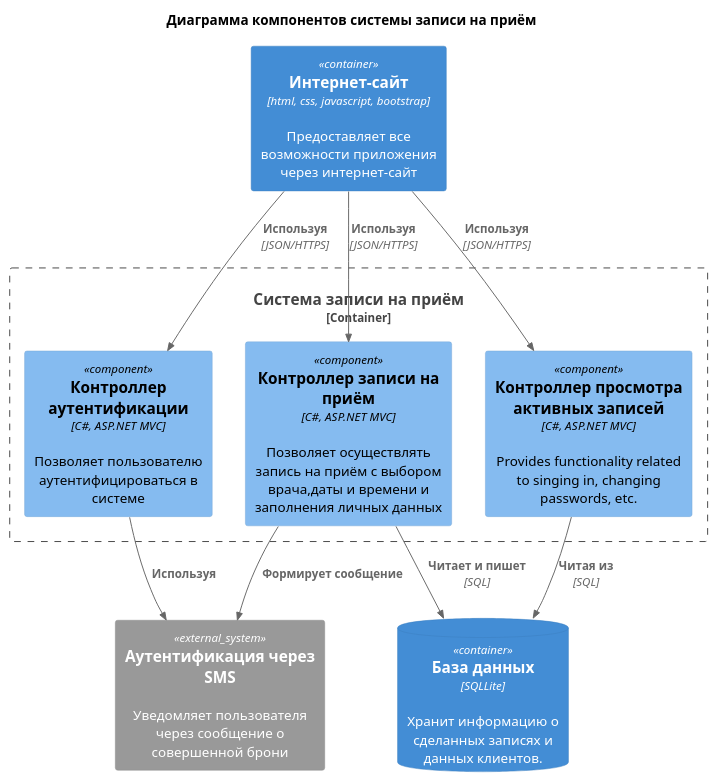
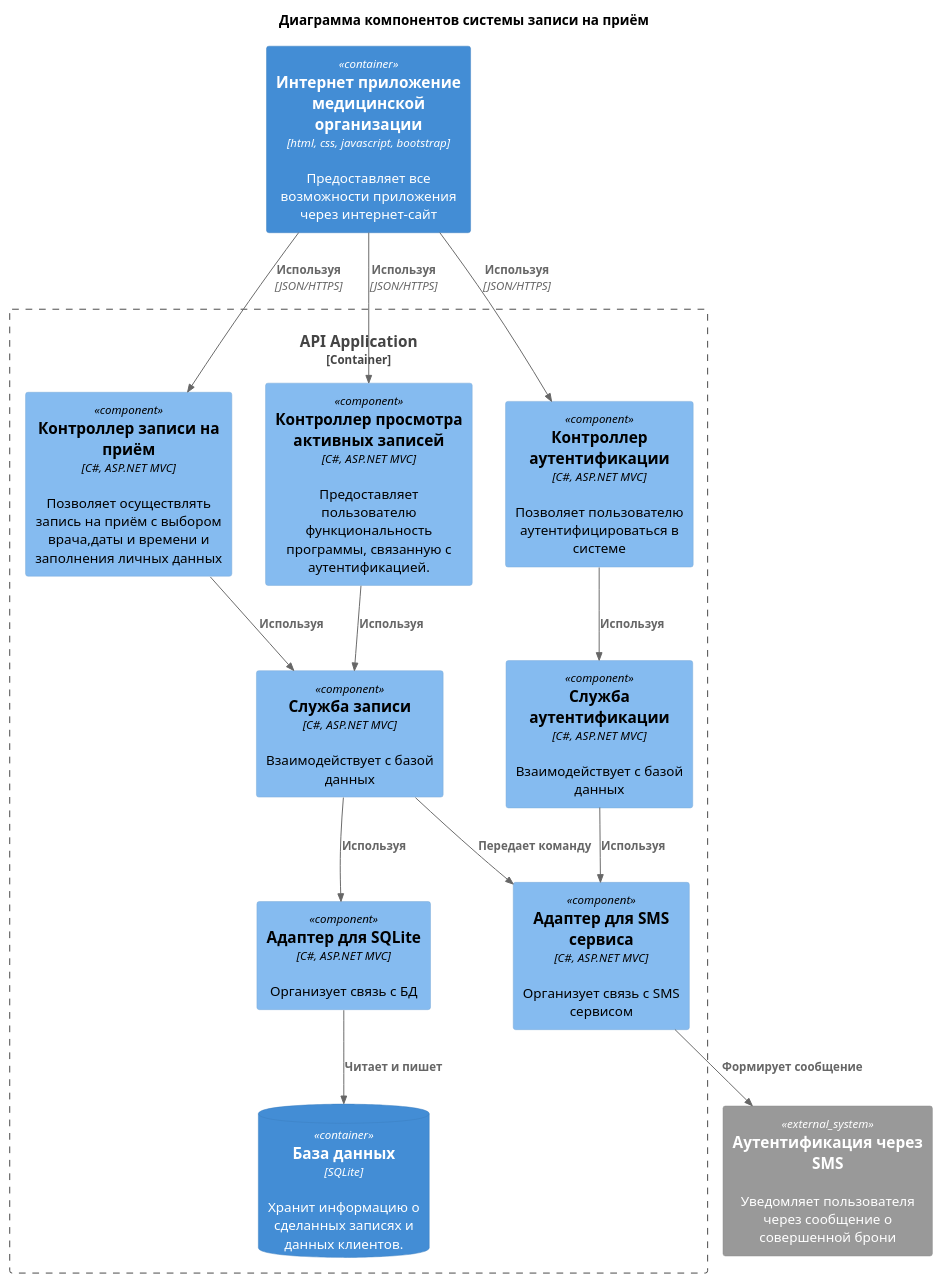
One commit to Vovkarik/RKB changed the diagram in docs/UML/ComponentDiagram.puml. Above: the diagram before and after it, drawn with PlantUML. The commit also changed 3 other files, not shown here.

Commit message:
Changed diagrams and added use case diagram

```diff
--- a/docs/UML/ComponentDiagram.puml
+++ b/docs/UML/ComponentDiagram.puml
@@ -1,27 +1,35 @@
 @startuml
 !includeurl https://raw.githubusercontent.com/RicardoNiepel/C4-PlantUML/master/C4_Component.puml
 ' uncomment the following line and comment the first to use locally
 ' !include C4_Component.puml
 
 
 title Диаграмма компонентов системы записи на приём
 
-Container(site, "Интернет-сайт ", "html, css, javascript, bootstrap", "Предоставляет все возможности приложения через интернет-сайт")
-ContainerDb(db, "База данных", "SQLLite", "Хранит информацию о сделанных записях и данных клиентов.")
+Container(site, "Интернет приложение медицинской организации", "html, css, javascript, bootstrap", "Предоставляет все возможности приложения через интернет-сайт")
 System_Ext(SMS, "Аутентификация через SMS", "Уведомляет пользователя через сообщение о совершенной брони")
 
-Container_Boundary(appointment_sys, "Система записи на приём") {
+Container_Boundary(appointment_sys, "API Application") {
     Component(sign, "Контроллер аутентификации", "С#, ASP.NET MVC", "Позволяет пользователю аутентифицироваться в системе")
     Component(appointment, "Контроллер записи на приём", "С#, ASP.NET MVC", "Позволяет осуществлять запись на приём с выбором врача,даты и времени и заполнения личных данных")
-    Component(CRM, "Контроллер просмотра активных записей ", "С#, ASP.NET MVC", "Provides functionality related to singing in, changing passwords, etc.")
-    Rel(sign, SMS, "Используя")
-    Rel(appointment, db, "Читает и пишет", "SQL")
-    Rel(appointment, SMS, "Формирует сообщение")
+    Component(CRM, "Контроллер просмотра активных записей ", "С#, ASP.NET MVC", "Предоставляет пользователю функциональность программы, связанную с аутентификацией.")
+    Component(auth_daemon, "Служба аутентификации", "С#, ASP.NET MVC", "Взаимодействует с базой данных")
+    Component(appointment_daemon, "Служба записи", "С#, ASP.NET MVC", "Взаимодействует с базой данных")
+    Component(SMS_adapter, "Адаптер для SMS сервиса", "С#, ASP.NET MVC", "Организует связь с SMS сервисом")
+    Component(SQLite_adapter, "Адаптер для SQLite", "С#, ASP.NET MVC", "Организует связь с БД")
+    ContainerDb(db, "База данных", "SQLite", "Хранит информацию о сделанных записях и данных клиентов.")
+    Rel(auth_daemon, SMS_adapter, "Используя")
+    Rel(appointment_daemon, SQLite_adapter, "Используя")
+    Rel(appointment_daemon, SMS_adapter, "Передает команду")
+    Rel(sign, auth_daemon, "Используя")
+    Rel(appointment, appointment_daemon, "Используя")
+    Rel(CRM, appointment_daemon, "Используя")   
+    Rel(SMS_adapter, SMS, "Формирует сообщение")
+    Rel(SQLite_adapter, db, "Читает и пишет")
 }
 
 Rel(site, sign, "Используя", "JSON/HTTPS")
 Rel(site, appointment, "Используя", "JSON/HTTPS")
 Rel(site, CRM, "Используя", "JSON/HTTPS")
-Rel(CRM, db, "Читая из", "SQL")
 
 @enduml
```
